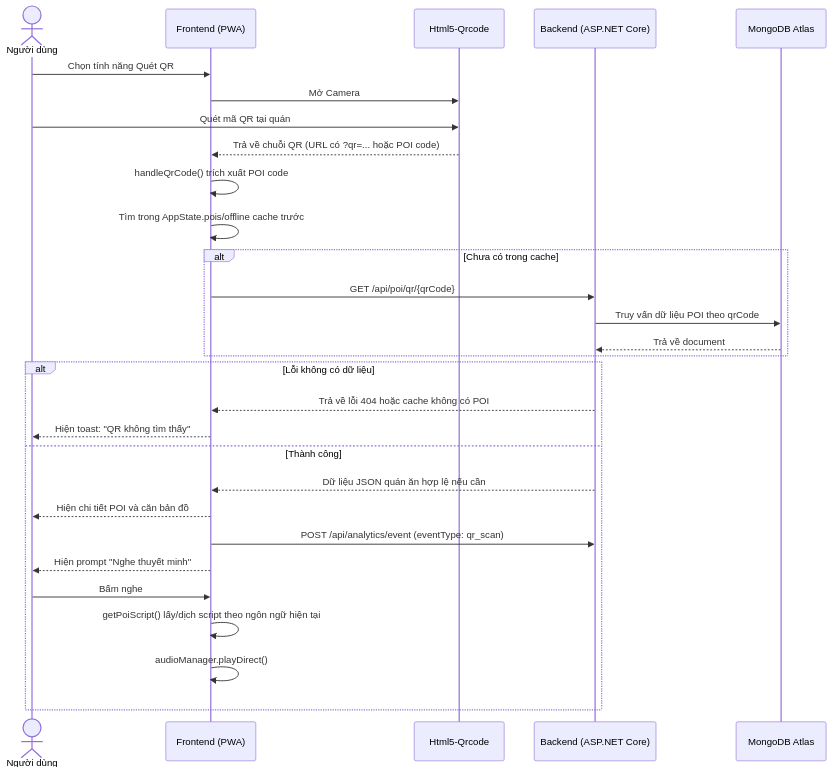
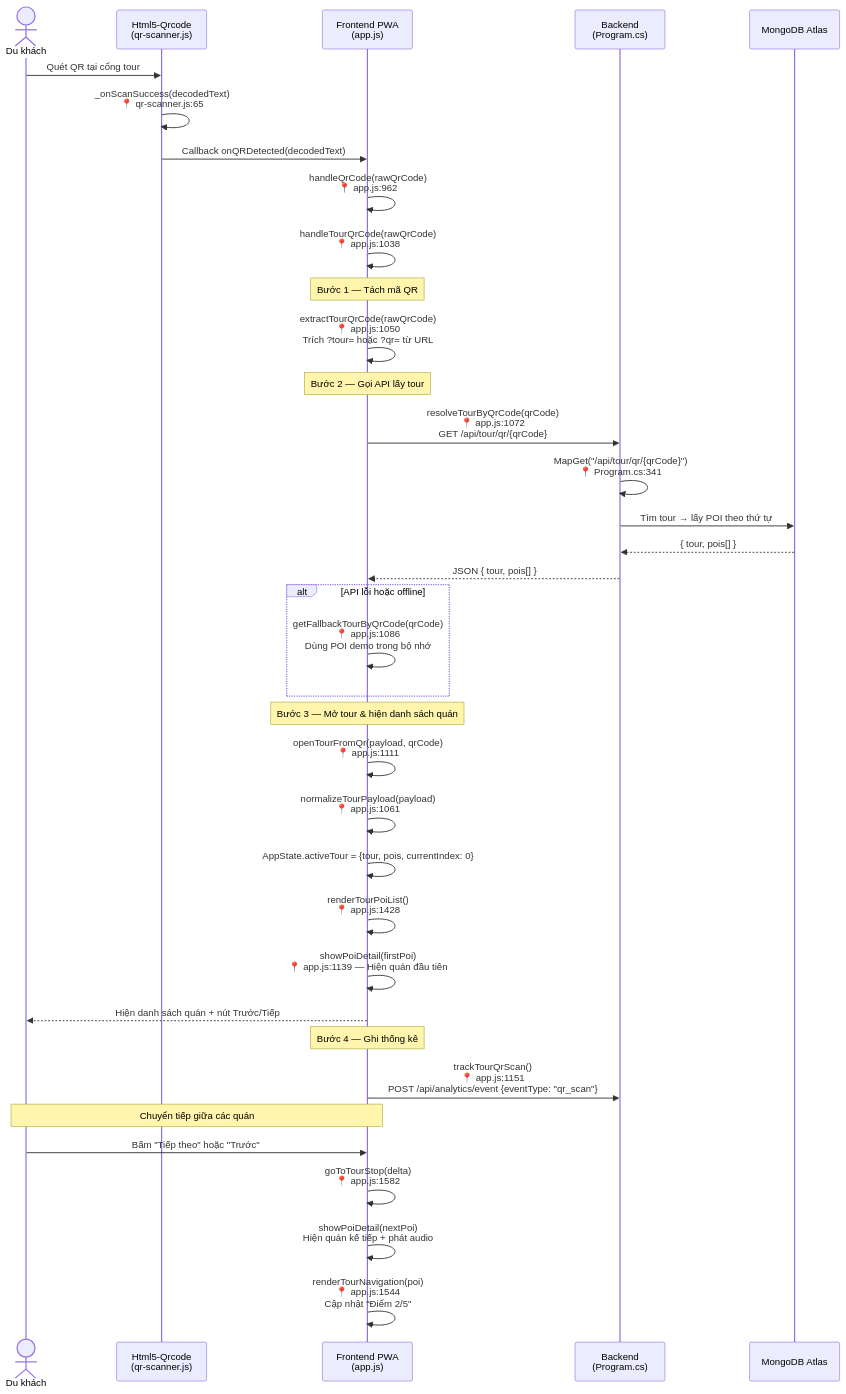
Before and after one commit to Hzyl/CShape: the second of 7 diagrams in PRD_VinhKhanh_Final2.md, drawn with Mermaid. The commit also changed other lines of this file and 3 other files, not shown here.

````diff
--- a/PRD_VinhKhanh_Final2.md
+++ b/PRD_VinhKhanh_Final2.md
@@ -175,34 +174,46 @@
 ```mermaid
 sequenceDiagram
-    actor User as Người dùng
-    participant App as Frontend (PWA)
-    participant Scanner as Html5-Qrcode
-    participant API as Backend (ASP.NET Core)
+    actor User as Du khách
+    participant Scanner as Html5-Qrcode<br/>(qr-scanner.js)
+    participant App as Frontend PWA<br/>(app.js)
+    participant API as Backend<br/>(Program.cs)
     participant DB as MongoDB Atlas
 
-    User->>App: Chọn tính năng Quét QR
-    App->>Scanner: Mở Camera
-    User->>Scanner: Quét mã QR tại quán
-    Scanner-->>App: Trả về chuỗi QR (URL có ?qr=... hoặc POI code)
-    App->>App: handleQrCode() trích xuất POI code
-    
-    App->>App: Tìm trong AppState.pois/offline cache trước
-    alt Chưa có trong cache
-        App->>API: GET /api/poi/qr/{qrCode}
-        API->>DB: Truy vấn dữ liệu POI theo qrCode
-        DB-->>API: Trả về document
+    User->>Scanner: Quét QR tại cổng tour
+    Scanner->>Scanner: _onScanSuccess(decodedText)<br/>📍 qr-scanner.js:65
+    Scanner->>App: Callback onQRDetected(decodedText)
+
+    App->>App: handleQrCode(rawQrCode)<br/>📍 app.js:962
+    App->>App: handleTourQrCode(rawQrCode)<br/>📍 app.js:1038
+
+    Note over App: Bước 1 — Tách mã QR
+    App->>App: extractTourQrCode(rawQrCode)<br/>📍 app.js:1050<br/>Trích ?tour= hoặc ?qr= từ URL
+
+    Note over App: Bước 2 — Gọi API lấy tour
+    App->>API: resolveTourByQrCode(qrCode)<br/>📍 app.js:1072<br/>GET /api/tour/qr/{qrCode}
+    API->>API: MapGet("/api/tour/qr/{qrCode}")<br/>📍 Program.cs:341
+    API->>DB: Tìm tour → lấy POI theo thứ tự
+    DB-->>API: { tour, pois[] }
+    API-->>App: JSON { tour, pois[] }
+
+    alt API lỗi hoặc offline
+        App->>App: getFallbackTourByQrCode(qrCode)<br/>📍 app.js:1086<br/>Dùng POI demo trong bộ nhớ
     end
-    
-    alt Lỗi không có dữ liệu
-        API-->>App: Trả về lỗi 404 hoặc cache không có POI
-        App-->>User: Hiện toast: "QR không tìm thấy"
-    else Thành công
-        API-->>App: Dữ liệu JSON quán ăn hợp lệ nếu cần
-        App-->>User: Hiện chi tiết POI và căn bản đồ
-        App->>API: POST /api/analytics/event (eventType: qr_scan)
-        App-->>User: Hiện prompt "Nghe thuyết minh"
-        User->>App: Bấm nghe
-        App->>App: getPoiScript() lấy/dịch script theo ngôn ngữ hiện tại
-        App->>App: audioManager.playDirect()
-    end
+
+    Note over App: Bước 3 — Mở tour & hiện danh sách quán
+    App->>App: openTourFromQr(payload, qrCode)<br/>📍 app.js:1111
+    App->>App: normalizeTourPayload(payload)<br/>📍 app.js:1061
+    App->>App: AppState.activeTour = {tour, pois, currentIndex: 0}
+    App->>App: renderTourPoiList()<br/>📍 app.js:1428
+    App->>App: showPoiDetail(firstPoi)<br/>📍 app.js:1139 — Hiện quán đầu tiên
+    App-->>User: Hiện danh sách quán + nút Trước/Tiếp
+
+    Note over App: Bước 4 — Ghi thống kê
+    App->>API: trackTourQrScan()<br/>📍 app.js:1151<br/>POST /api/analytics/event {eventType: "qr_scan"}
+
+    Note over User,App: Chuyển tiếp giữa các quán
+    User->>App: Bấm "Tiếp theo" hoặc "Trước"
+    App->>App: goToTourStop(delta)<br/>📍 app.js:1582
+    App->>App: showPoiDetail(nextPoi)<br/>Hiện quán kế tiếp + phát audio
+    App->>App: renderTourNavigation(poi)<br/>📍 app.js:1544<br/>Cập nhật "Điểm 2/5"
 ```
````
